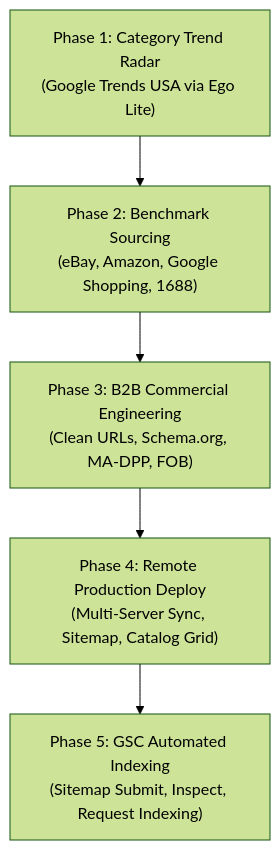
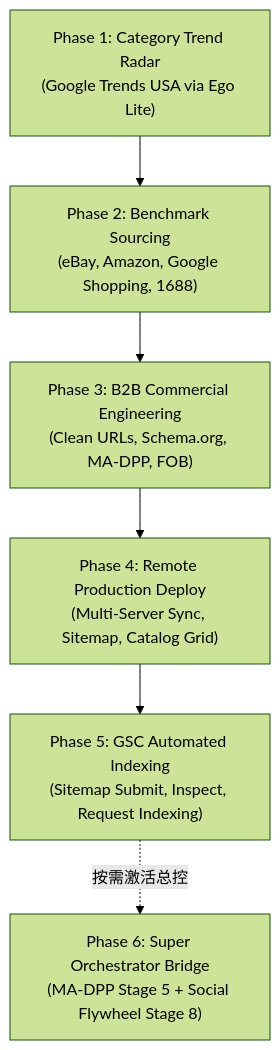
Before and after one commit to cnproduct/b2b-category-trend-launch-engine: the diagram in SKILL.md, drawn with Mermaid (forest theme). The commit also changed other lines of this file and 4 other files, not shown here.

Commit message:
feat: integrate b2b-export-site-super-orchestrator bridge and dual-engine architecture

````diff
--- a/SKILL.md
+++ b/SKILL.md
@@ -22,7 +23,8 @@
 ```mermaid
 flowchart TD
     A["Phase 1: Category Trend Radar<br/>(Google Trends USA via Ego Lite)"] --> B["Phase 2: Benchmark Sourcing<br/>(eBay, Amazon, Google Shopping, 1688)"]
     B --> C["Phase 3: B2B Commercial Engineering<br/>(Clean URLs, Schema.org, MA-DPP, FOB)"]
     C --> D["Phase 4: Remote Production Deploy<br/>(Multi-Server Sync, Sitemap, Catalog Grid)"]
     D --> E["Phase 5: GSC Automated Indexing<br/>(Sitemap Submit, Inspect, Request Indexing)"]
+    E -.->|按需激活总控| F["Phase 6: Super Orchestrator Bridge<br/>(MA-DPP Stage 5 + Social Flywheel Stage 8)"]
 ```
````
